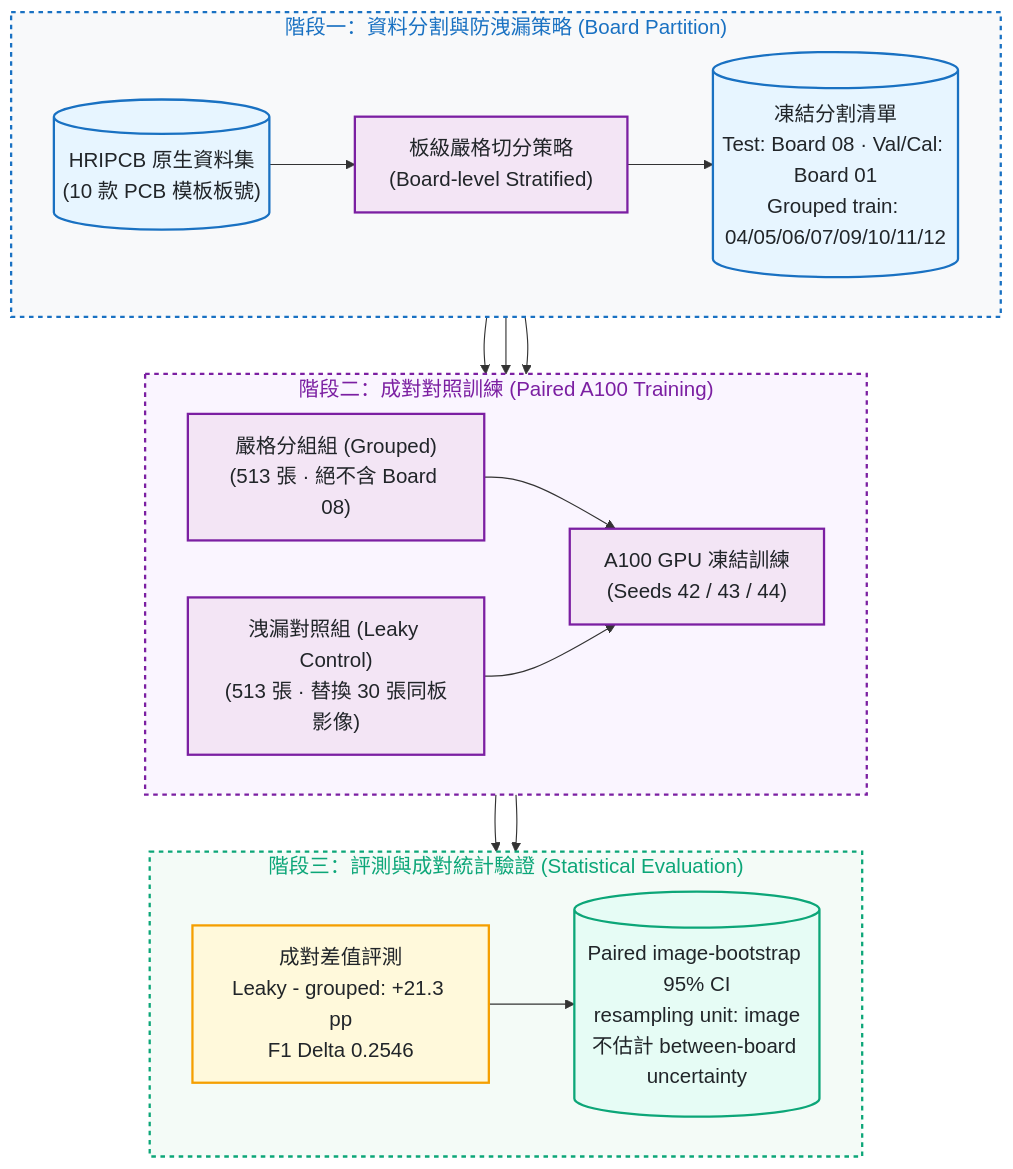
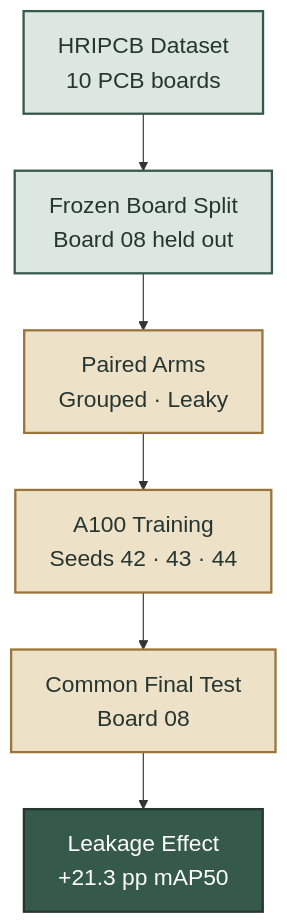
The fourth of 5 diagrams in README.md (kuotunyu/pcb-defect-detection), drawn with Mermaid before and after one commit. The commit also changed other lines of this file, not shown here.

Commit message:
docs: make README diagrams readable

````diff
--- a/README.md
+++ b/README.md
@@ -240,38 +171,23 @@
 ```mermaid
-%%{init: {'themeVariables': {'fontSize': '18px'}}}%%
-flowchart TD
+%%{init: {'themeVariables': {'fontSize': '20px'}}}%%
+flowchart TB
     accTitle: PCB 板級防洩漏與成對實驗流程
     accDescr: HRIPCB 依 Board ID 凍結分割，Grouped 與 Leaky Control 在三個 seeds 下共用 Board 08 final test，評估 same-board exposure effect。
 
-    subgraph Stage1 ["階段一：資料分割與防洩漏策略 (Board Partition)"]
-        direction LR
-        Raw[("HRIPCB 原生資料集<br/>(10 款 PCB 模板板號)")] --> Strat["板級嚴格切分策略<br/>(Board-level Stratified)"] --> Sets[("凍結分割清單<br/>Test: Board 08 · Val/Cal: Board 01<br/>Grouped train: 04/05/06/07/09/10/11/12")]
-    end
+    Dataset["HRIPCB Dataset<br/>10 PCB boards"]
+    Split["Frozen Board Split<br/>Board 08 held out"]
+    Arms["Paired Arms<br/>Grouped · Leaky"]
+    Train["A100 Training<br/>Seeds 42 · 43 · 44"]
+    Test["Common Final Test<br/>Board 08"]
+    Effect["Leakage Effect<br/>+21.3 pp mAP50"]
 
-    subgraph Stage2 ["階段二：成對對照訓練 (Paired A100 Training)"]
-        direction LR
-        Sets --> Grouped["嚴格分組組 (Grouped)<br/>(513 張 · 絕不含 Board 08)"] & Leaky["洩漏對照組 (Leaky Control)<br/>(513 張 · 替換 30 張同板影像)"]
-        Grouped & Leaky --> A100["A100 GPU 凍結訓練<br/>(Seeds 42 / 43 / 44)"]
-    end
+    Dataset --> Split --> Arms --> Train --> Test --> Effect
 
-    subgraph Stage3 ["階段三：評測與成對統計驗證 (Statistical Evaluation)"]
-        direction LR
-        A100 --> Delta["成對差值評測<br/>Leaky - grouped: +21.3 pp<br/>F1 Delta 0.2546"] --> Gate[("Paired image-bootstrap 95% CI<br/>resampling unit: image<br/>不估計 between-board uncertainty")]
-    end
+    classDef source fill:#DCE7DF,stroke:#35594A,stroke-width:2px,color:#26352F
+    classDef process fill:#EDE2C8,stroke:#9A7438,stroke-width:2px,color:#26352F
+    classDef result fill:#35594A,stroke:#26352F,stroke-width:2px,color:#FFFFFF
 
-    Stage1 --> Stage2 --> Stage3
-
-    classDef srcStyle fill:#e7f5ff,stroke:#1971c2,stroke-width:2px,color:#212529
-    classDef procStyle fill:#f3e5f5,stroke:#7b1fa2,stroke-width:2px,color:#212529
-    classDef gateStyle fill:#fff9db,stroke:#f59f00,stroke-width:2px,color:#212529
-    classDef pubStyle fill:#e6fcf5,stroke:#0ca678,stroke-width:2px,color:#212529
-
-    class Raw,Sets srcStyle
-    class Strat,Grouped,Leaky,A100 procStyle
-    class Delta gateStyle
-    class Gate pubStyle
-
-    style Stage1 fill:#f8f9fa,stroke:#1971c2,stroke-width:2px,color:#1971c2,stroke-dasharray: 4 4
-    style Stage2 fill:#faf5ff,stroke:#7b1fa2,stroke-width:2px,color:#7b1fa2,stroke-dasharray: 4 4
-    style Stage3 fill:#f4fbf7,stroke:#0ca678,stroke-width:2px,color:#0ca678,stroke-dasharray: 4 4
+    class Dataset,Split source
+    class Arms,Train,Test process
+    class Effect result
 ```
````
